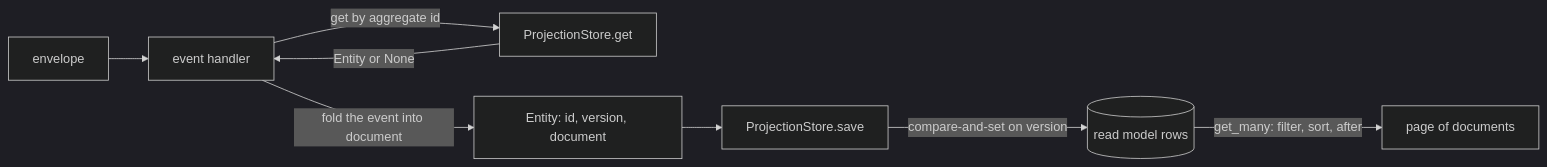
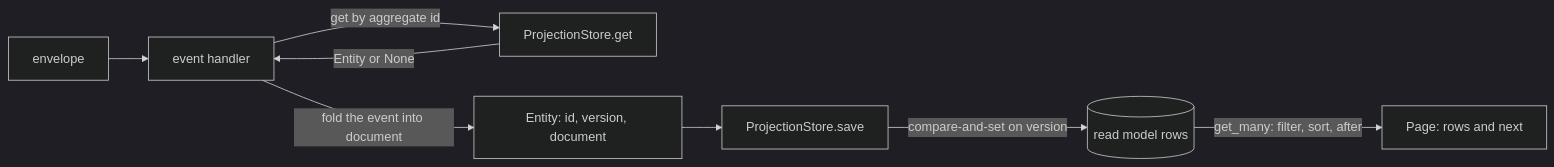
Before and after one commit to haskian/edax: the first of 4 diagrams in docs/sdk/projections.md, drawn with Mermaid (dark theme). The commit also changed other lines of this file and 234 other files, not shown here.

````diff
--- a/docs/sdk/projections.md
+++ b/docs/sdk/projections.md
@@ -10,10 +10,10 @@
 ```mermaid
 flowchart LR
     E["envelope"] --> H["event handler"]
     H -->|"get by aggregate id"| G["ProjectionStore.get"]
     G -->|"Entity or None"| H
     H -->|"fold the event into document"| N["Entity: id, version, document"]
     N --> S["ProjectionStore.save"]
     S -->|"compare-and-set on version"| D[("read model rows")]
-    D -->|"get_many: filter, sort, after"| Q["page of documents"]
+    D -->|"get_many: filter, sort, after"| Q["Page: rows and next"]
 ```
````
